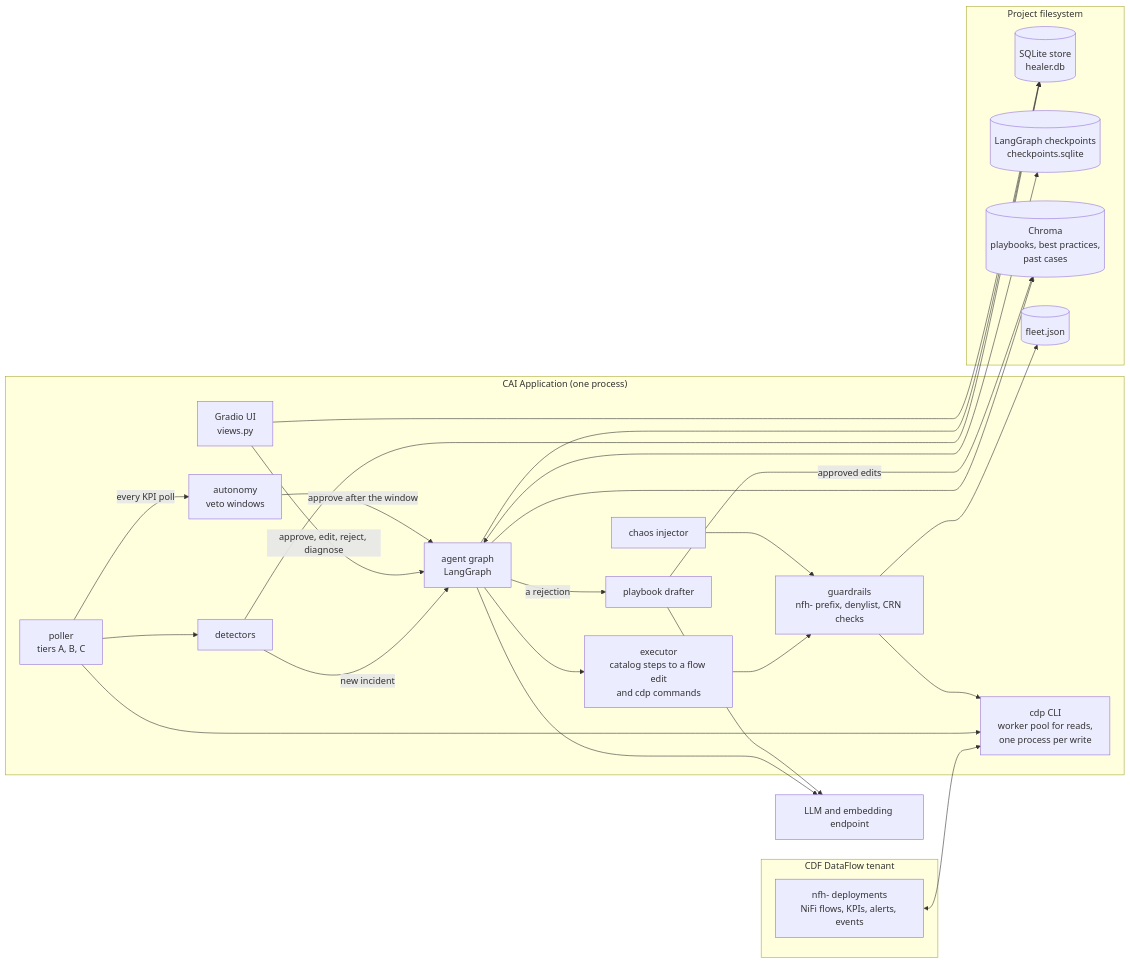
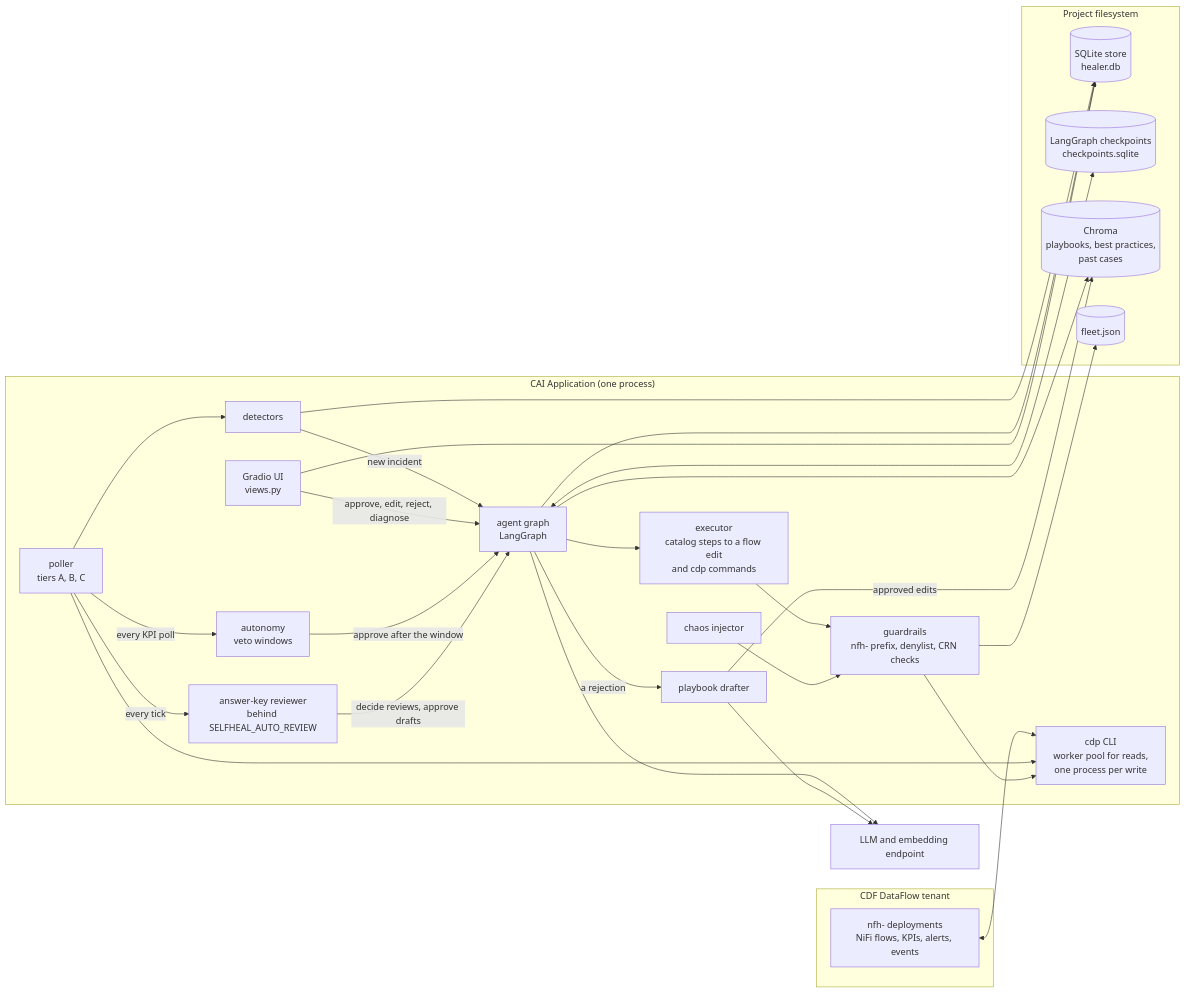
One commit to pdefusco/cai_langgraph_nifi_self_healing_pipeline changed the first of 3 diagrams in docs/ARCHITECTURE.md. Above: the diagram before and after it, drawn with Mermaid. The commit also changed other lines of this file and 2 other files, not shown here.

Commit message:
README: current reference architecture, tabs, 110 scenarios in 27 packs, missing settings; NFH-116 in ARCHITECTURE; NFH-125 parked

````diff
--- a/docs/ARCHITECTURE.md
+++ b/docs/ARCHITECTURE.md
@@ -12,43 +13,45 @@
 ```mermaid
 flowchart LR
     subgraph tenant["CDF DataFlow tenant"]
         dep["nfh- deployments<br/>NiFi flows, KPIs, alerts, events"]
     end
     subgraph app["CAI Application (one process)"]
         cli["cdp CLI<br/>worker pool for reads,<br/>one process per write"]
         guard["guardrails<br/>nfh- prefix, denylist, CRN checks"]
         poller["poller<br/>tiers A, B, C"]
         det["detectors"]
         agent["agent graph<br/>LangGraph"]
         exec["executor<br/>catalog steps to a flow edit<br/>and cdp commands"]
         auto["autonomy<br/>veto windows"]
         chaos["chaos injector"]
+        review["answer-key reviewer<br/>behind SELFHEAL_AUTO_REVIEW"]
         drafter["playbook drafter"]
         ui["Gradio UI<br/>views.py"]
     end
     subgraph data["Project filesystem"]
         store[("SQLite store<br/>healer.db")]
         ckpt[("LangGraph checkpoints<br/>checkpoints.sqlite")]
         chroma[("Chroma<br/>playbooks, best practices,<br/>past cases")]
         fleet[("fleet.json")]
     end
     llm["LLM and embedding endpoint"]
 
     dep <--> cli
     poller --> cli
     poller --> det --> store
     det -- "new incident" --> agent
     agent --> chroma
     agent --> llm
     agent --> exec
     agent <--> ckpt
     agent --> store
     exec --> guard --> cli
     guard --> fleet
     ui -- "approve, edit, reject, diagnose" --> agent
     ui --> store
     poller -- "every KPI poll" --> auto -- "approve after the window" --> agent
     chaos --> guard
+    poller -- "every tick" --> review -- "decide reviews, approve drafts" --> agent
     agent -- "a rejection" --> drafter --> llm
     drafter -- "approved edits" --> chroma
 ```
````
